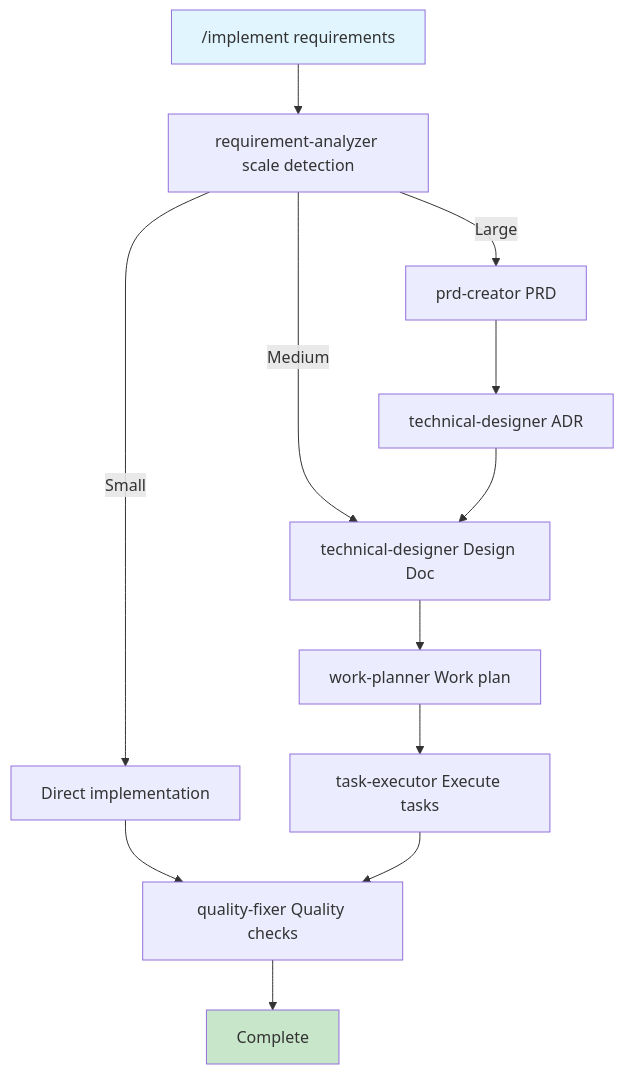
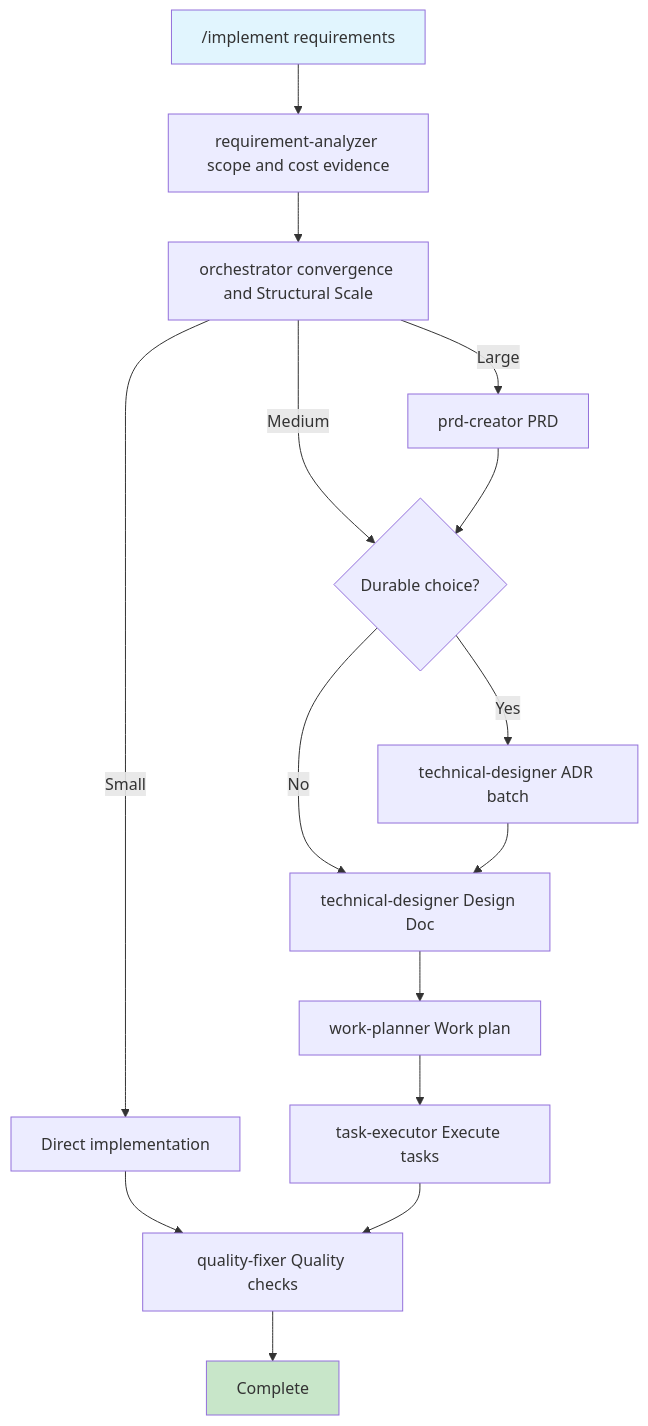
Before and after one commit to shinpr/ai-coding-project-boilerplate: the second of 2 diagrams in docs/guides/en/use-cases.md, drawn with Mermaid. The commit also changed other lines of this file and 45 other files, not shown here.

````diff
--- a/docs/guides/en/use-cases.md
+++ b/docs/guides/en/use-cases.md
@@ -27,18 +27,21 @@
 ```mermaid
 graph TD
-    Start["/implement requirements"] --> RA["requirement-analyzer scale detection"]
-    RA -->|Small| Direct[Direct implementation]
-    RA -->|Medium| TD["technical-designer Design Doc"]
-    RA -->|Large| PRD["prd-creator PRD"]
+    Start["/implement requirements"] --> RA["requirement-analyzer scope and cost evidence"]
+    RA --> SJ["orchestrator convergence and Structural Scale"]
+    SJ -->|Small| Direct[Direct implementation]
+    SJ -->|Medium| ADR{Durable choice?}
+    SJ -->|Large| PRD["prd-creator PRD"]
     
-    PRD --> ADR["technical-designer ADR"]
-    ADR --> TD
+    PRD --> ADR
+    ADR -->|Yes| ADRD["technical-designer ADR batch"]
+    ADR -->|No| TD["technical-designer Design Doc"]
+    ADRD --> TD
     TD --> WP["work-planner Work plan"]
     WP --> TE["task-executor Execute tasks"]
     Direct --> QF["quality-fixer Quality checks"]
     TE --> QF
     QF --> End[Complete]
     
     style Start fill:#e1f5fe
     style End fill:#c8e6c9
 ```
````
